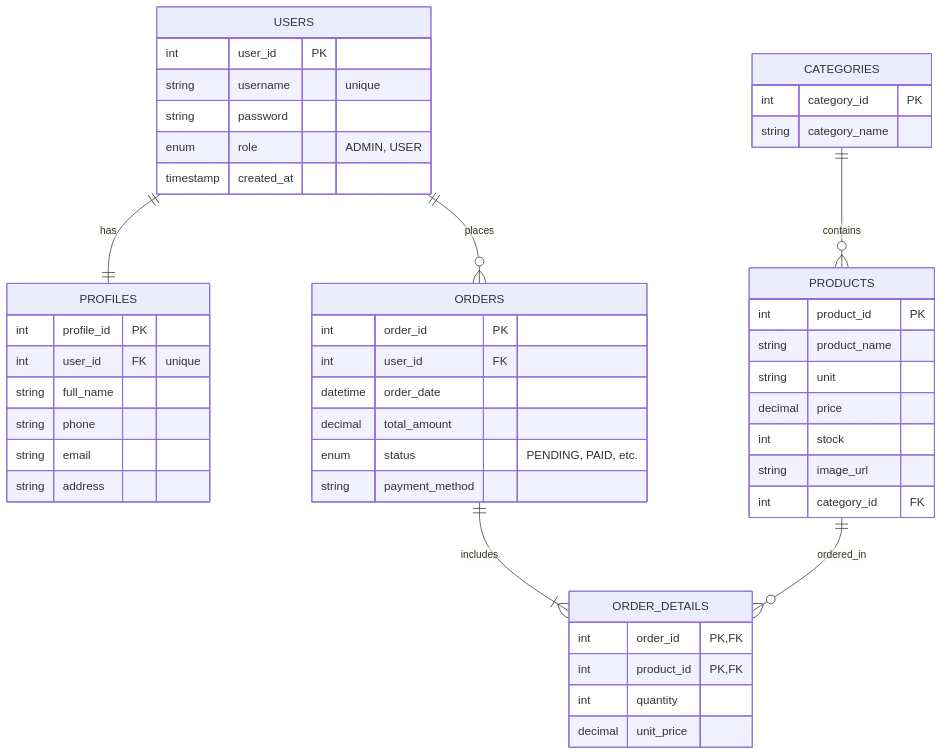
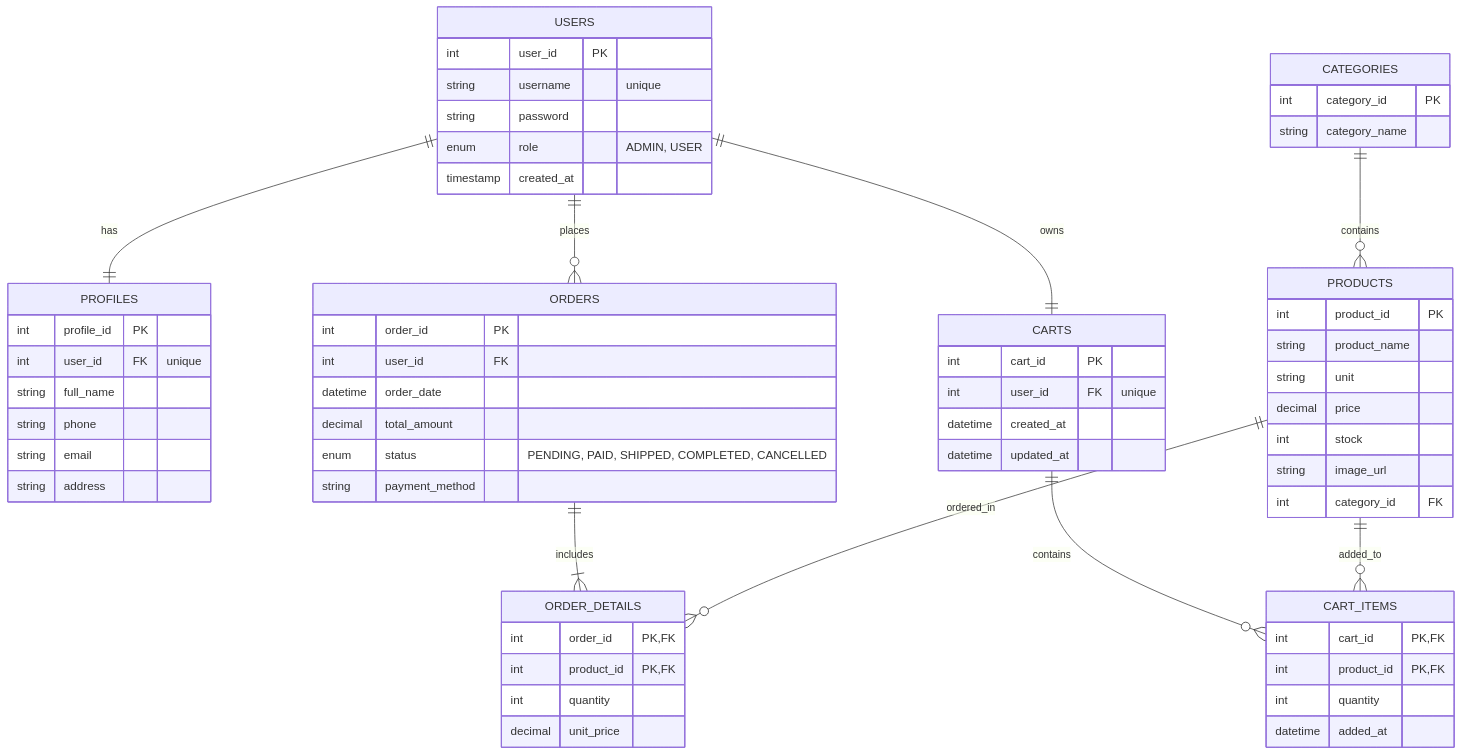
Before and after one commit to phuchoang2005/ecommerce-ajax-servlet: the diagram in docs/database/database-design.md, drawn with Mermaid. The commit also changed other lines of this file and 1 other file, not shown here.

Commit message:
doc: update database schema

````diff
--- a/docs/database/database-design.md
+++ b/docs/database/database-design.md
@@ -7,58 +7,76 @@
-``` mermaid
+```mermaid
+erDiagram
+    USERS ||--|| PROFILES : "has"
+    USERS ||--o{ ORDERS : "places"
+    USERS ||--|| CARTS : "owns"
 
-erDiagram
-USERS ||--|| PROFILES : "has"
-USERS ||--o{ ORDERS : "places"
-CATEGORIES ||--o{ PRODUCTS : "contains"
-ORDERS ||--|{ ORDER_DETAILS : "includes"
-PRODUCTS ||--o{ ORDER_DETAILS : "ordered_in"
+    CATEGORIES ||--o{ PRODUCTS : "contains"
+
+    CARTS ||--o{ CART_ITEMS : "contains"
+    PRODUCTS ||--o{ CART_ITEMS : "added_to"
+
+    ORDERS ||--|{ ORDER_DETAILS : "includes"
+    PRODUCTS ||--o{ ORDER_DETAILS : "ordered_in"
 
     USERS {
         int user_id PK
         string username "unique"
         string password
         enum role "ADMIN, USER"
         timestamp created_at
     }
 
     PROFILES {
         int profile_id PK
         int user_id FK "unique"
         string full_name
         string phone
         string email
         string address
     }
 
     CATEGORIES {
         int category_id PK
         string category_name
     }
 
     PRODUCTS {
         int product_id PK
         string product_name
         string unit
         decimal price
         int stock
         string image_url
         int category_id FK
     }
 
+    CARTS {
+        int cart_id PK
+        int user_id FK "unique"
+        datetime created_at
+        datetime updated_at
+    }
+
+    CART_ITEMS {
+        int cart_id PK, FK
+        int product_id PK, FK
+        int quantity
+        datetime added_at
+    }
+
     ORDERS {
         int order_id PK
         int user_id FK
         datetime order_date
         decimal total_amount
-        enum status "PENDING, PAID, etc."
+        enum status "PENDING, PAID, SHIPPED, COMPLETED, CANCELLED"
         string payment_method
     }
 
     ORDER_DETAILS {
         int order_id PK, FK
         int product_id PK, FK
         int quantity
         decimal unit_price
     }
-
 ```
````
